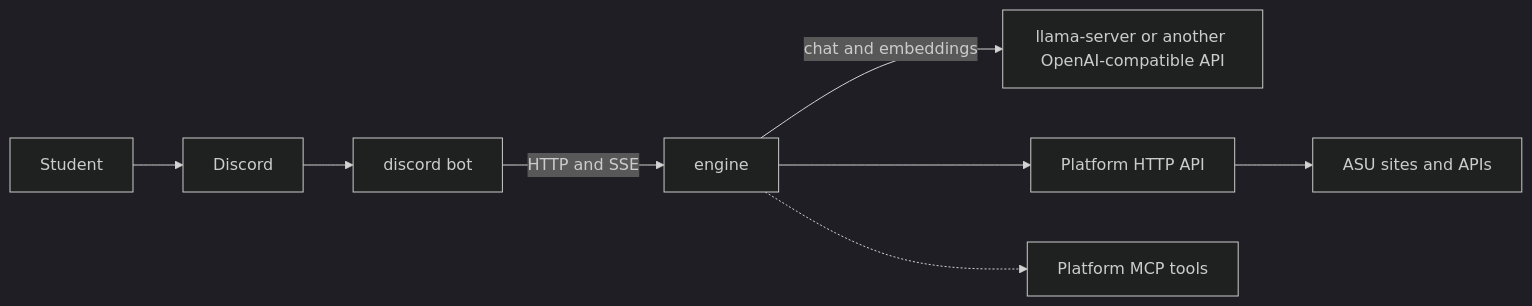
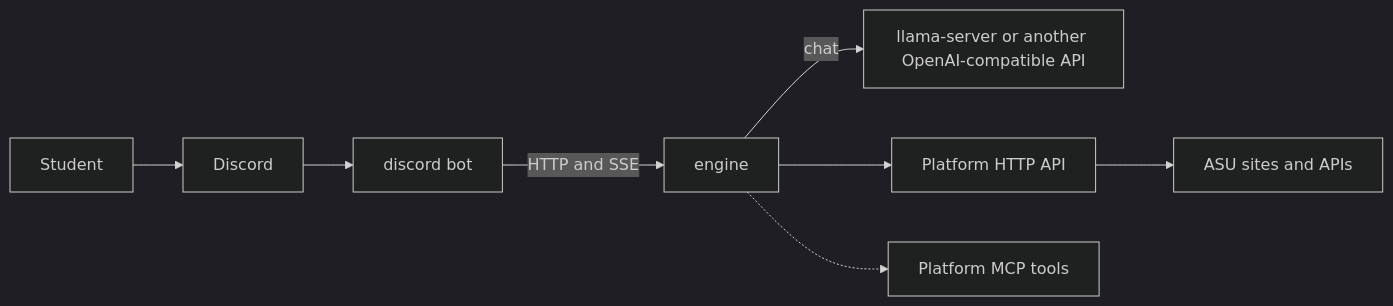
The diagram in README.md (theaisocietyasu/sparky), drawn with Mermaid (dark theme) before and after one commit. The commit also changed 92 other files, not shown here.

````diff
--- a/README.md
+++ b/README.md
@@ -25,10 +25,10 @@
 ```mermaid
 flowchart LR
     U["Student"] --> DC["Discord"]
     DC --> BOT["discord bot"]
     BOT -->|"HTTP and SSE"| ENG["engine"]
-    ENG -->|"chat and embeddings"| LLM["llama-server or another OpenAI-compatible API"]
+    ENG -->|"chat"| LLM["llama-server or another OpenAI-compatible API"]
     ENG --> API["Platform HTTP API"]
     ENG -.-> PMCP["Platform MCP tools"]
     API --> ASU["ASU sites and APIs"]
 ```
````
